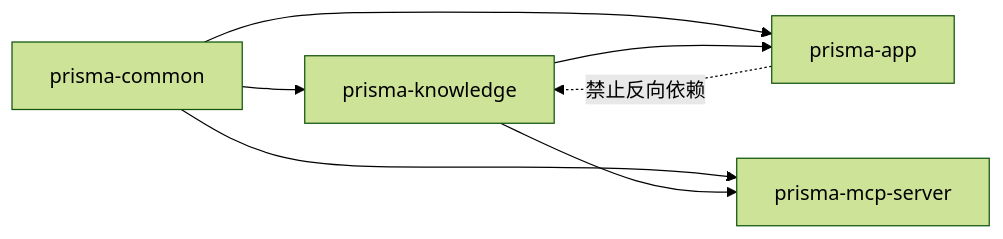
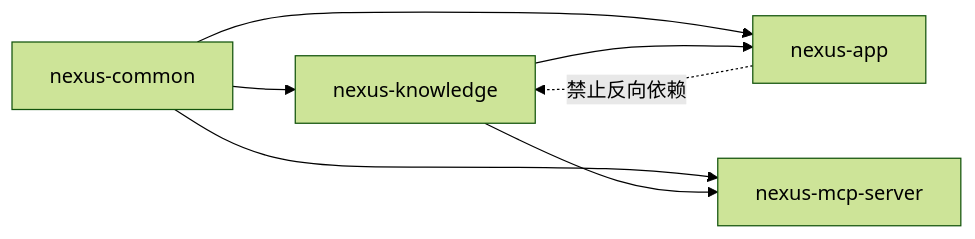
Before and after one commit to Prisdvl/prisdvl-nexus: the second of 15 diagrams in docs/architecture.md, drawn with Mermaid (forest theme). The commit also changed other lines of this file and 119 other files, not shown here.

````diff
--- a/docs/architecture.md
+++ b/docs/architecture.md
@@ -92,9 +92,9 @@
 ```mermaid
 graph LR
-    C["prisma-common"] --> K["prisma-knowledge"]
-    C --> APP["prisma-app"]
+    C["nexus-common"] --> K["nexus-knowledge"]
+    C --> APP["nexus-app"]
     K --> APP
-    C --> M["prisma-mcp-server"]
+    C --> M["nexus-mcp-server"]
     K --> M
     APP -.禁止反向依赖.-> K
 ```
````
